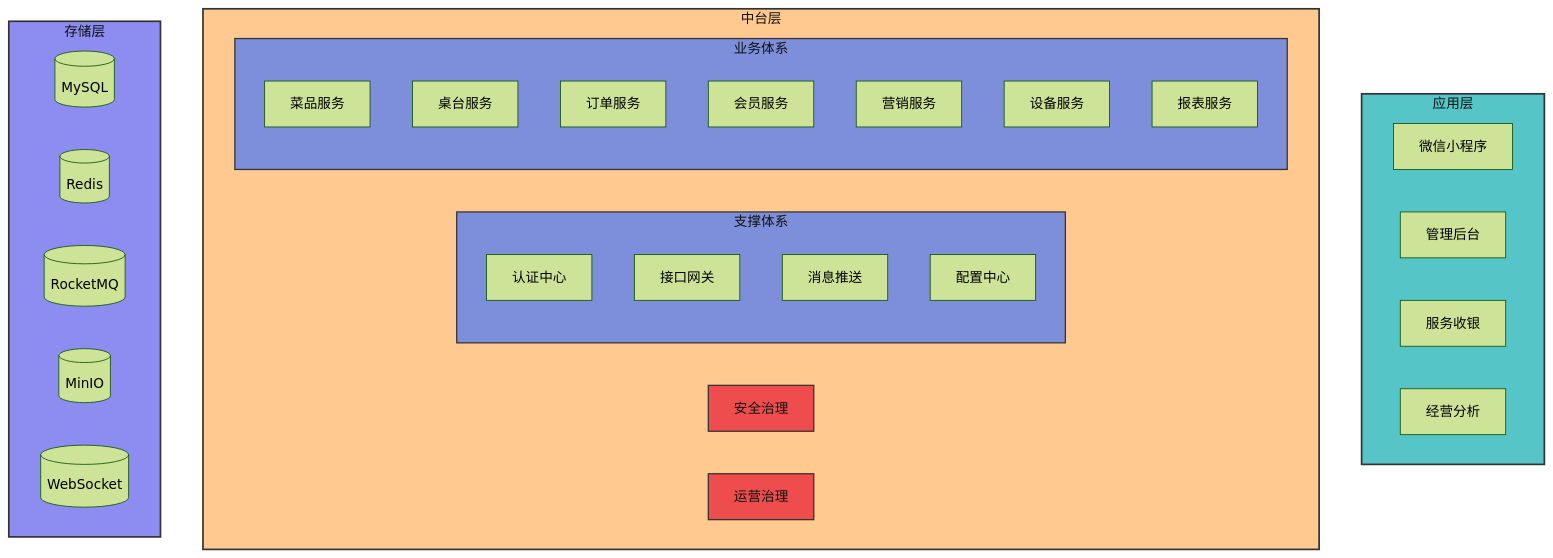
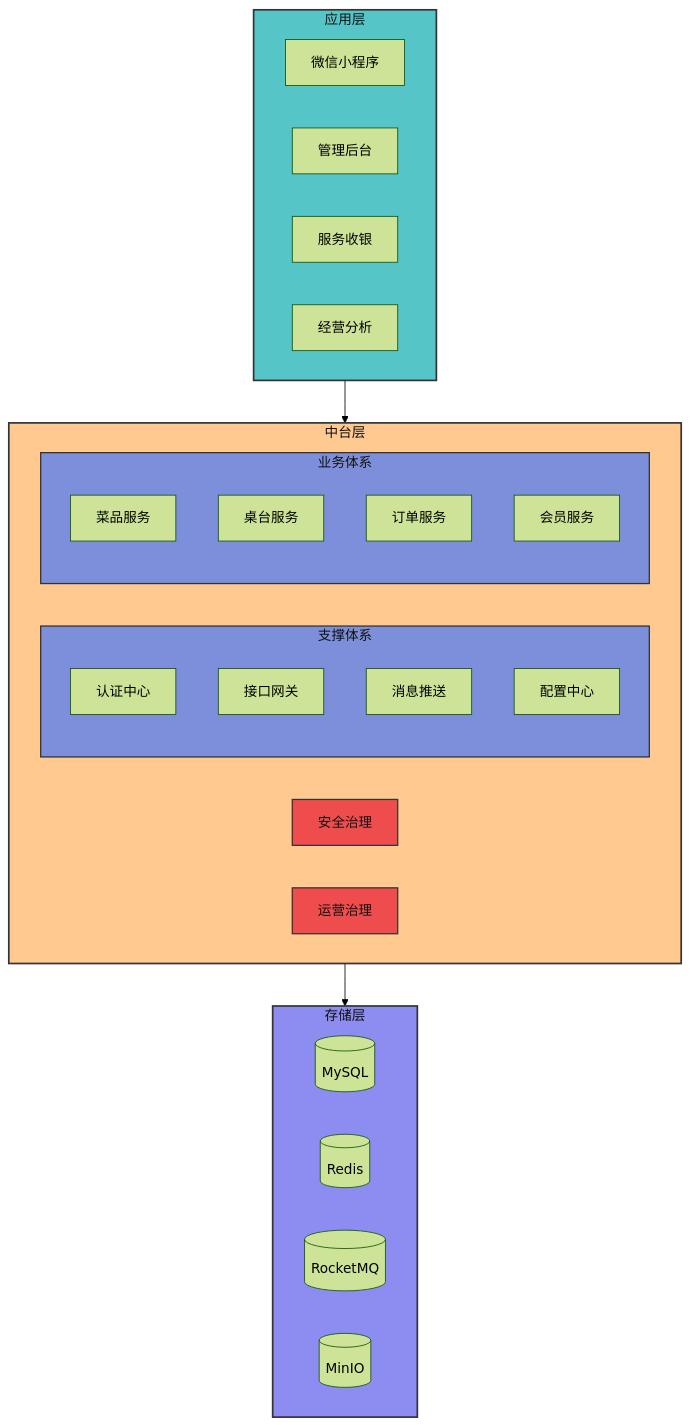
One commit to meisijiya/DIANCAN-SYSTEM changed the first of 3 diagrams in readme.md. Above: the diagram before and after it, drawn with Mermaid (forest theme). The commit also changed other lines of this file and 1 other file, not shown here.

````diff
--- a/readme.md
+++ b/readme.md
@@ -34,47 +34,46 @@
 ```mermaid
 flowchart TB
     subgraph Top[应用层]
         MINI[微信小程序]
         WEB[管理后台]
         SERVICE[服务收银]
         BI[经营分析]
     end
 
     subgraph Center[中台层]
         SAFE[安全治理]
         OPSM[运营治理]
 
         subgraph Platform[支撑体系]
             AUTH[认证中心]
             GATEWAY[接口网关]
             SOCKET[消息推送]
             CONFIG[配置中心]
         end
 
         subgraph Core[业务体系]
             DISH[菜品服务]
             TABLE[桌台服务]
             ORDER[订单服务]
             MEMBER[会员服务]
-            MKT[营销服务]
-            DEVICE[设备服务]
-            REPORT[报表服务]
         end
     end
 
     subgraph Bottom[存储层]
         MYSQL[(MySQL)]
         REDIS[(Redis)]
         MQ[(RocketMQ)]
         MINIO[(MinIO)]
-        WS[(WebSocket)]
     end
+
+    Top --> Center
+    Center --> Bottom
 
     style Top fill:#55c5c7,stroke:#333,stroke-width:2px,color:#111
     style Center fill:#ffc98f,stroke:#333,stroke-width:2px,color:#111
     style Bottom fill:#8d8cf0,stroke:#333,stroke-width:2px,color:#111
     style Platform fill:#7d8fda,stroke:#333,stroke-width:1.5px,color:#111
     style Core fill:#7d8fda,stroke:#333,stroke-width:1.5px,color:#111
     style SAFE fill:#ef4d4d,stroke:#333,stroke-width:1.5px,color:#111
     style OPSM fill:#ef4d4d,stroke:#333,stroke-width:1.5px,color:#111
 ```
````
